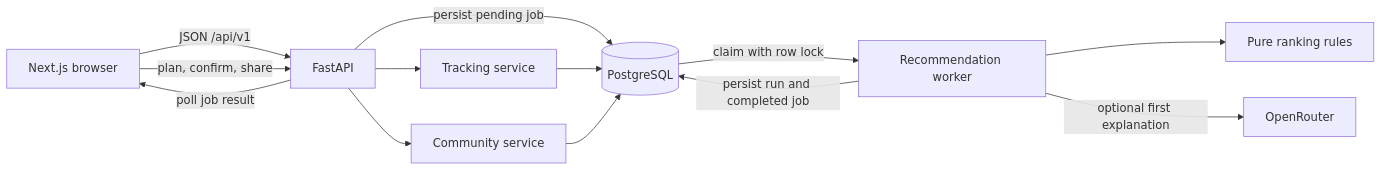
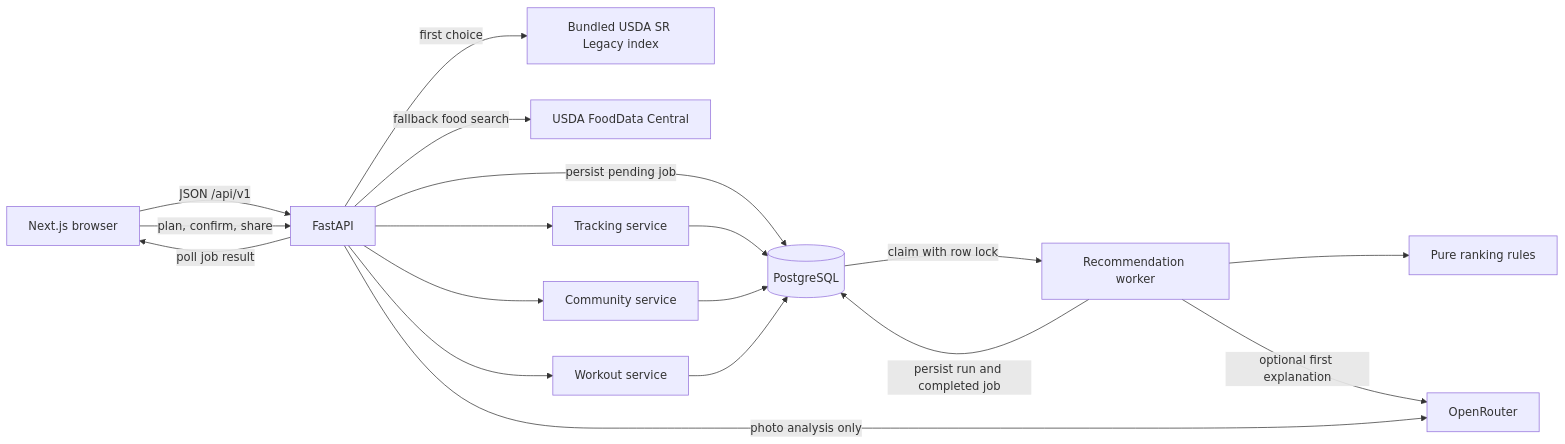
One commit to BoxiangZ/NourishLoop changed the diagram in docs/architecture/overview.md. Above: the diagram before and after it, drawn with Mermaid. The commit also changed other lines of this file and 64 other files, not shown here.

````diff
--- a/docs/architecture/overview.md
+++ b/docs/architecture/overview.md
@@ -5,15 +5,20 @@
 ```mermaid
 flowchart LR
   Web[Next.js browser] -->|JSON /api/v1| API[FastAPI]
   API -->|persist pending job| DB[(PostgreSQL)]
   DB -->|claim with row lock| Worker[Recommendation worker]
   Worker --> Rules[Pure ranking rules]
   Worker -->|optional first explanation| OR[OpenRouter]
   Worker -->|persist run and completed job| DB
+  API -->|photo analysis only| OR
+  API -->|first choice| USDA_LOCAL[Bundled USDA SR Legacy index]
+  API -->|fallback food search| USDA[USDA FoodData Central]
   API -->|poll job result| Web
   Web -->|plan, confirm, share| API
   API --> Tracking[Tracking service]
   API --> Community[Community service]
+  API --> Workouts[Workout service]
   Tracking --> DB
   Community --> DB
+  Workouts --> DB
 ```
````
